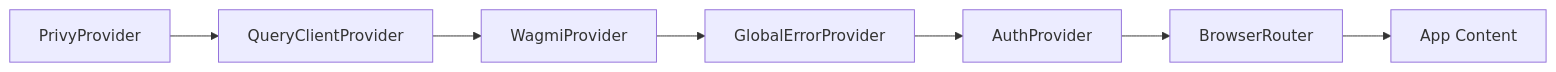
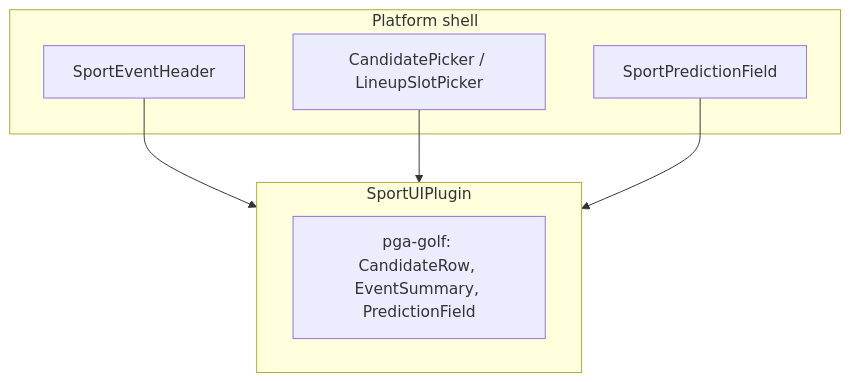
The third of 3 diagrams in spec/client/architecture.md (MagRelo/cut), drawn with Mermaid before and after one commit. The commit also changed other lines of this file and 214 other files, not shown here.

First line of the commit message:
Refactor platform architecture and enhance contest functionality

````diff
--- a/spec/client/architecture.md
+++ b/spec/client/architecture.md
@@ -76,9 +65,14 @@
 ```mermaid
-graph LR
-    A[PrivyProvider] --> B[QueryClientProvider]
-    B --> C[WagmiProvider]
-    C --> D[GlobalErrorProvider]
-    D --> E[AuthProvider]
-    E --> F[BrowserRouter]
-    F --> G[App Content]
+flowchart TB
+  subgraph platform[Platform shell]
+    Header[SportEventHeader]
+    Picker[CandidatePicker / LineupSlotPicker]
+    Pred[SportPredictionField]
+  end
+  subgraph plugin[SportUIPlugin]
+  Golf[pga-golf: CandidateRow, EventSummary, PredictionField]
+  end
+  Header --> plugin
+  Picker --> plugin
+  Pred --> plugin
 ```
````
